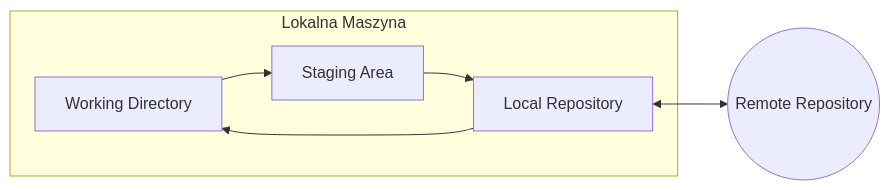
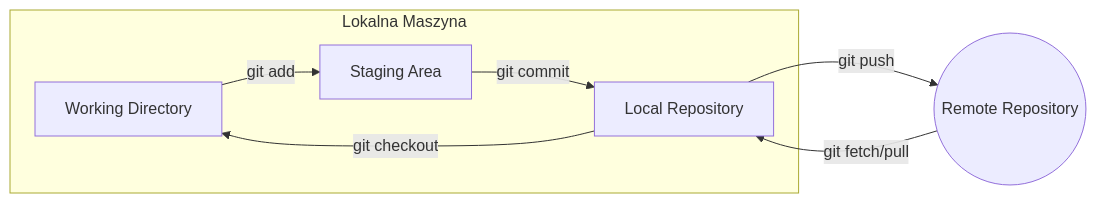
Before and after one commit to zacniewski/materials-about-integration-of-IT-systems: the second of 2 diagrams in lectures/wyklad_01.md, drawn with Mermaid. The commit also changed other lines of this file and 6 other files, not shown here.

````diff
--- a/lectures/wyklad_01.md
+++ b/lectures/wyklad_01.md
@@ -63,9 +112,10 @@
 ```mermaid
 graph LR
     subgraph "Lokalna Maszyna"
-        WD[Working Directory] --> SA[Staging Area]
-        SA --> LR[Local Repository]
-        LR --> WD
+        WD[Working Directory] -- "git add" --> SA[Staging Area]
+        SA -- "git commit" --> LR[Local Repository]
+        LR -- "git checkout" --> WD
     end
-    LR <--> RR((Remote Repository))
+    LR -- "git push" --> RR((Remote Repository))
+    RR -- "git fetch/pull" --> LR
 ```
````
